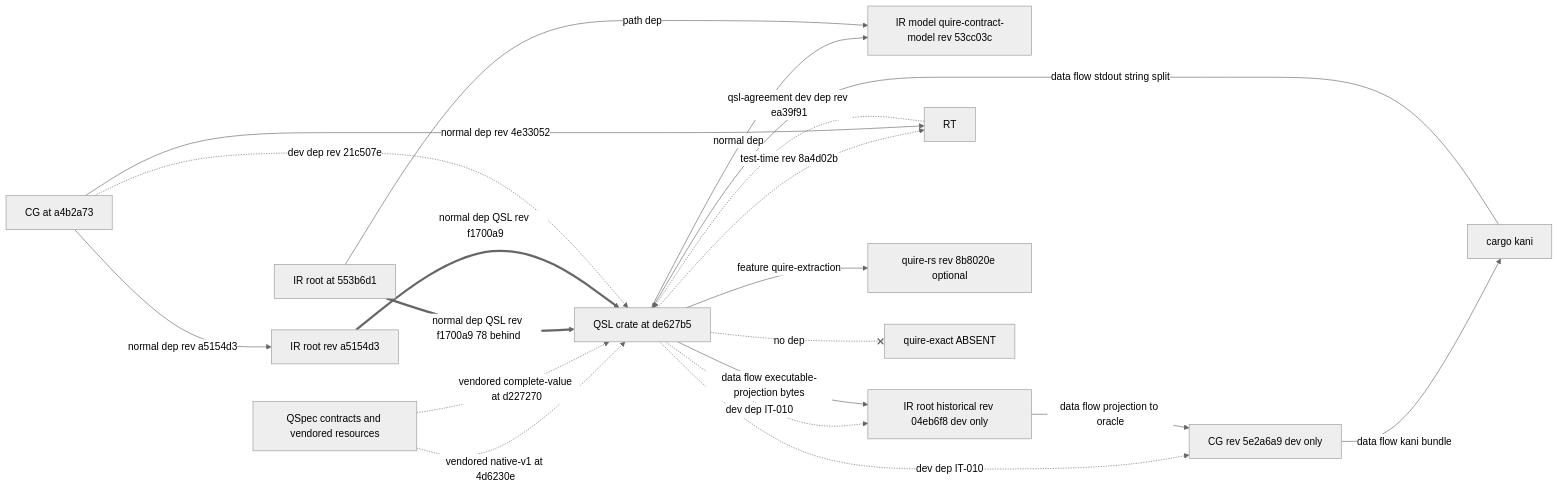
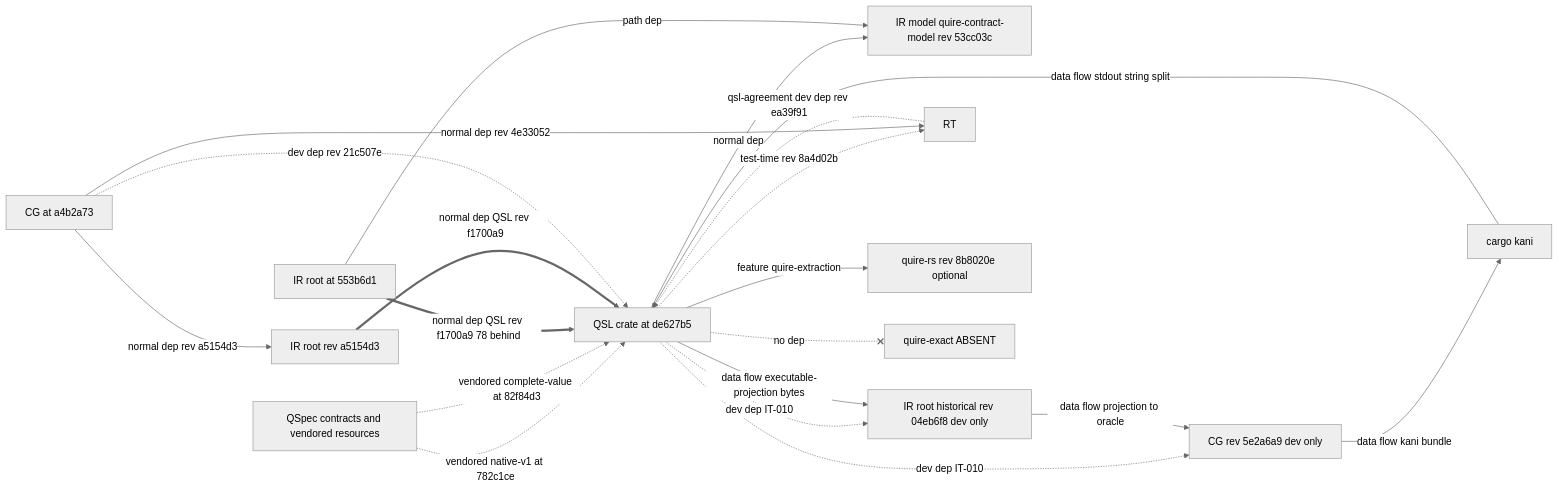
One commit to agent-ix/quire-spec-language changed the third of 3 diagrams in spec/decisions/ADR-010-observed-architecture-baseline.md. Above: the diagram before and after it, drawn with Mermaid (neutral theme). The commit also changed other lines of this file and 27 other files, not shown here.

````diff
--- a/spec/decisions/ADR-010-observed-architecture-baseline.md
+++ b/spec/decisions/ADR-010-observed-architecture-baseline.md
@@ -537,34 +537,34 @@
 ```mermaid
 graph LR
   QSpec[QSpec contracts and vendored resources]
   QSL[QSL crate at de627b5]
   IRCM[IR model quire-contract-model rev 53cc03c]
   IRR[IR root at 553b6d1]
   IRH[IR root historical rev 04eb6f8 dev only]
   IRA[IR root rev a5154d3]
   CG[CG rev 5e2a6a9 dev only]
   CGM[CG at a4b2a73]
   RT[RT]
   QRS[quire-rs rev 8b8020e optional]
   QX[quire-exact ABSENT]
   Kani[cargo kani]
-  QSpec -. vendored native-v1 at 4d6230e .-> QSL
-  QSpec -. vendored complete-value at d227270 .-> QSL
+  QSpec -. vendored native-v1 at 782c1ce .-> QSL
+  QSpec -. vendored complete-value at 82f84d3 .-> QSL
   QSL -->|normal dep| IRCM
   QSL -->|feature quire-extraction| QRS
   QSL -.->|dev dep IT-010| IRH
   QSL -.->|dev dep IT-010| CG
   QSL -.->|test-time rev 8a4d02b| RT
   QSL -.-x|no dep| QX
   QSL -->|data flow executable-projection bytes| IRH
   IRH -->|data flow projection to oracle| CG
   CG -->|data flow kani bundle| Kani
   Kani -->|data flow stdout string split| QSL
   IRR -->|path dep| IRCM
   IRR ==>|normal dep QSL rev f1700a9 78 behind| QSL
   CGM -->|normal dep rev 4e33052| RT
   CGM -->|normal dep rev a5154d3| IRA
   IRA ==>|normal dep QSL rev f1700a9| QSL
   CGM -.->|dev dep rev 21c507e| QSL
   RT -.->|qsl-agreement dev dep rev ea39f91| QSL
 ```
````
